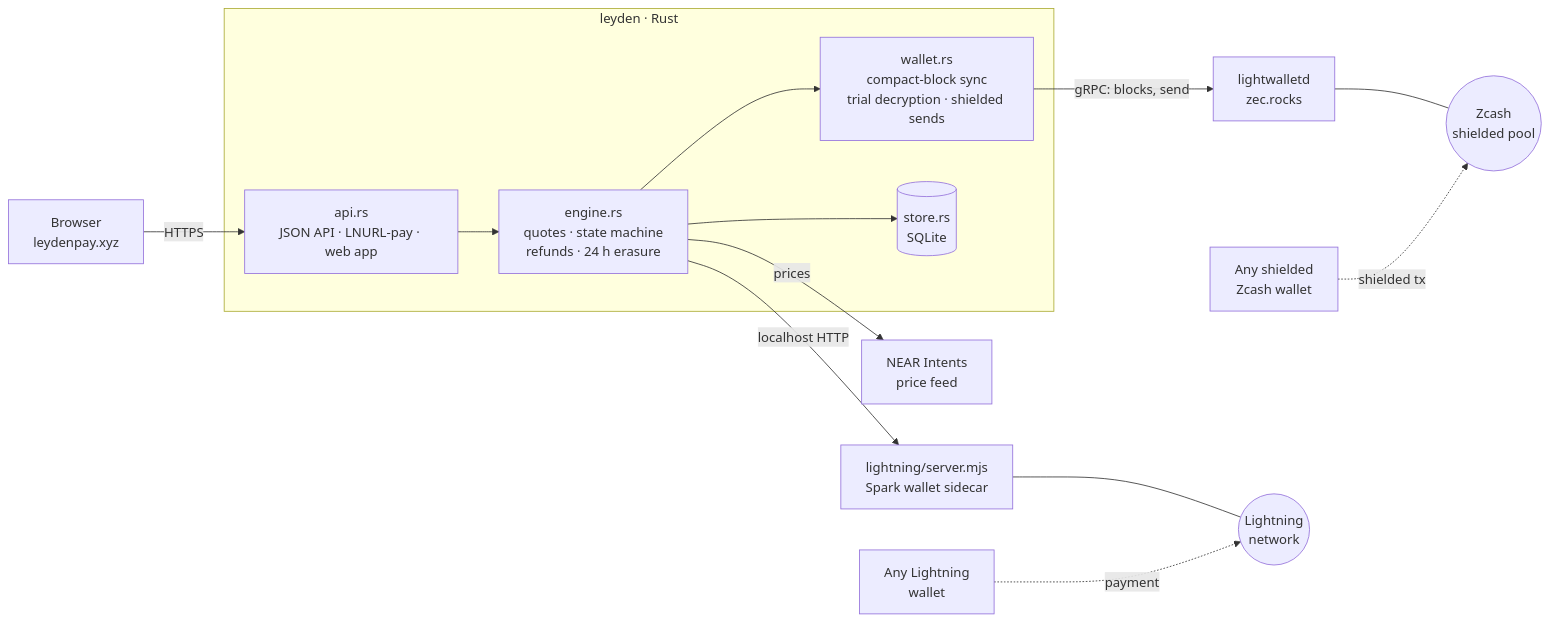
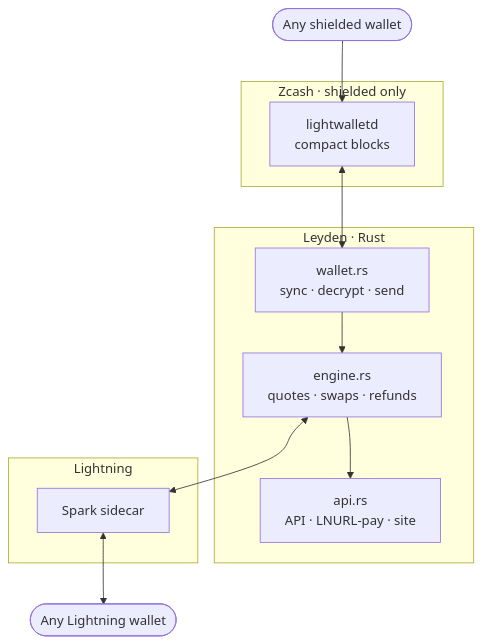
Before and after one commit to wildanrhmn/leyden: the third of 3 diagrams in README.md, drawn with Mermaid. The commit also changed other lines of this file and 3 other files, not shown here.

Commit message:
Restyle the README: small mark and plain title, short focused diagrams, code map with line links, a measured run

````diff
--- a/README.md
+++ b/README.md
@@ -135,31 +157,23 @@
 ```mermaid
-flowchart LR
-    BR["Browser<br/>leydenpay.xyz"]
-    ZW["Any shielded<br/>Zcash wallet"]
-    LW["Any Lightning<br/>wallet"]
+flowchart TB
+  zw([Any shielded wallet])
+  lw([Any Lightning wallet])
 
-    subgraph GW["leyden · Rust"]
-        API["api.rs<br/>JSON API · LNURL-pay · web app"]
-        ENG["engine.rs<br/>quotes · state machine<br/>refunds · 24 h erasure"]
-        WAL["wallet.rs<br/>compact-block sync<br/>trial decryption · shielded sends"]
-        DB[("store.rs<br/>SQLite")]
-    end
+  subgraph zcash ["Zcash · shielded only"]
+    lwd["lightwalletd<br/>compact blocks"]
+  end
 
-    SC["lightning/server.mjs<br/>Spark wallet sidecar"]
-    LWD["lightwalletd<br/>zec.rocks"]
-    PX["NEAR Intents<br/>price feed"]
-    ZC(("Zcash<br/>shielded pool"))
-    LN(("Lightning<br/>network"))
+  subgraph gw ["Leyden · Rust"]
+    wal["wallet.rs<br/>sync · decrypt · send"] --> eng["engine.rs<br/>quotes · swaps · refunds"]
+    eng --> api["api.rs<br/>API · LNURL-pay · site"]
+  end
 
-    BR -- HTTPS --> API
-    API --> ENG
-    ENG --> WAL
-    ENG --> DB
-    ENG -- prices --> PX
-    ENG -- localhost HTTP --> SC
-    WAL -- "gRPC: blocks, send" --> LWD
-    LWD --- ZC
-    SC --- LN
-    ZW -. shielded tx .-> ZC
-    LW -. payment .-> LN
+  subgraph ln ["Lightning"]
+    sc["Spark sidecar"]
+  end
+
+  zw --> lwd
+  lwd <--> wal
+  eng <--> sc
+  sc <--> lw
 ```
````
